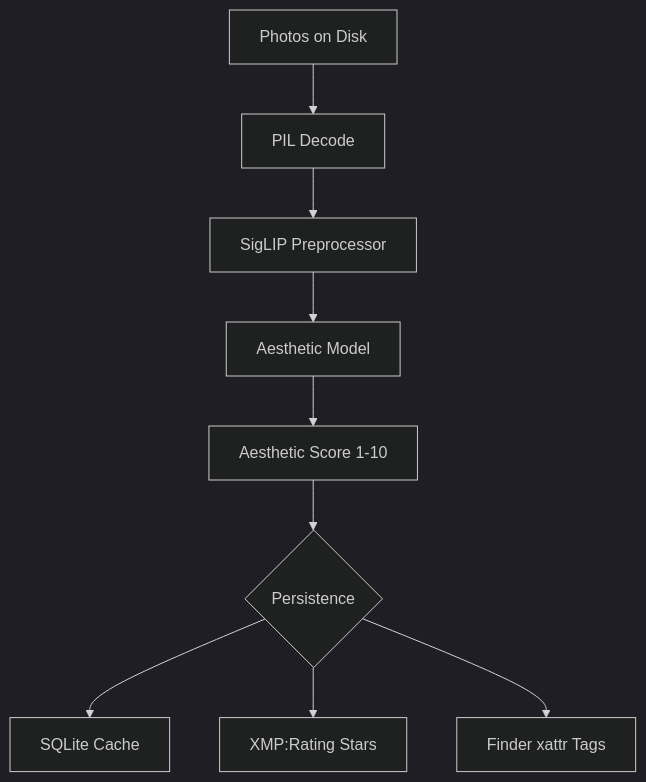
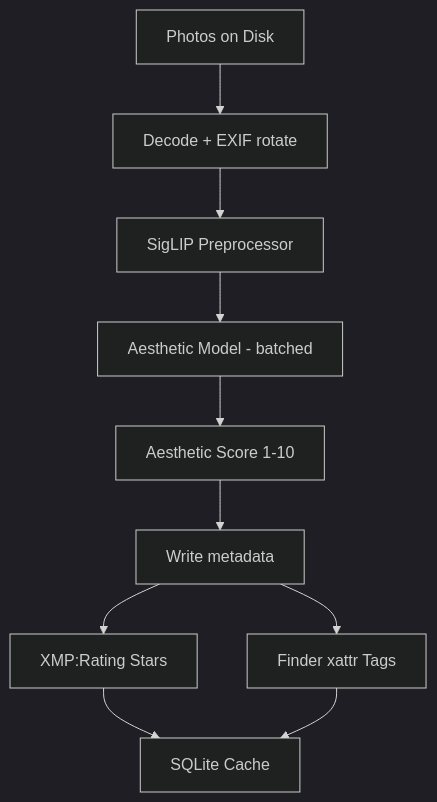
The diagram in README.md (wenzelt/siglip-aesthetics-scoring-macos), drawn with Mermaid (dark theme) before and after one commit. The commit also changed other lines of this file and 26 other files, not shown here.

````diff
--- a/README.md
+++ b/README.md
@@ -31,11 +33,12 @@
 ```mermaid
 graph TD
-    A[Photos on Disk] --> B[PIL Decode]
+    A[Photos on Disk] --> B[Decode + EXIF rotate]
     B --> C[SigLIP Preprocessor]
-    C --> D[Aesthetic Model]
+    C --> D[Aesthetic Model - batched]
     D --> E[Aesthetic Score 1-10]
-    E --> F{Persistence}
-    F --> G[SQLite Cache]
-    F --> H[XMP:Rating Stars]
-    F --> I[Finder xattr Tags]
+    E --> F[Write metadata]
+    F --> G[XMP:Rating Stars]
+    F --> H[Finder xattr Tags]
+    G --> I[SQLite Cache]
+    H --> I
 ```
````
